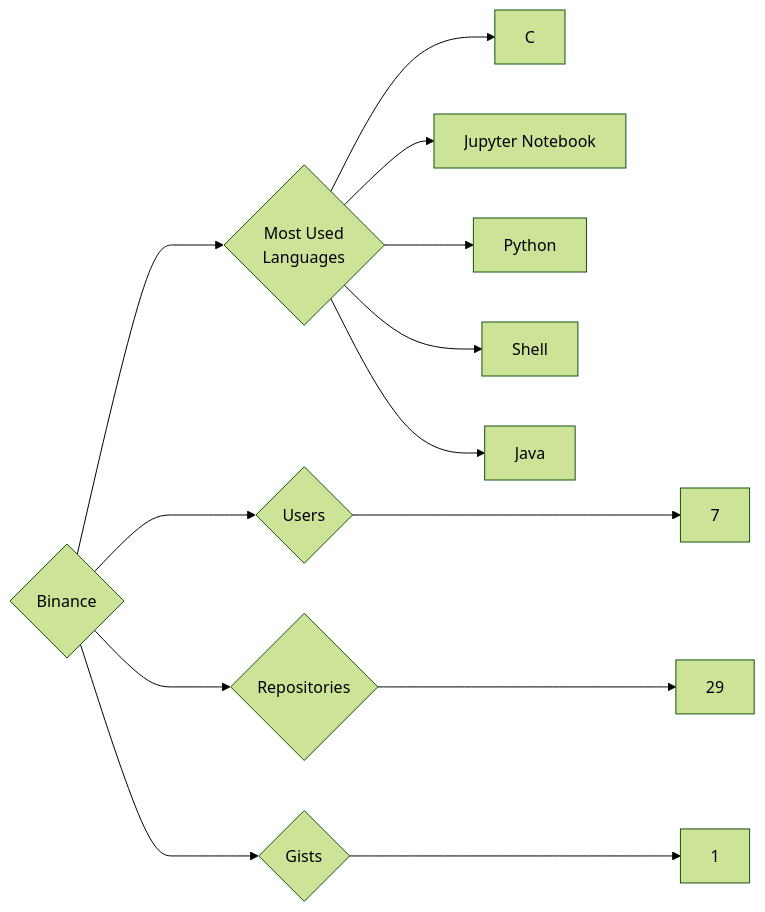
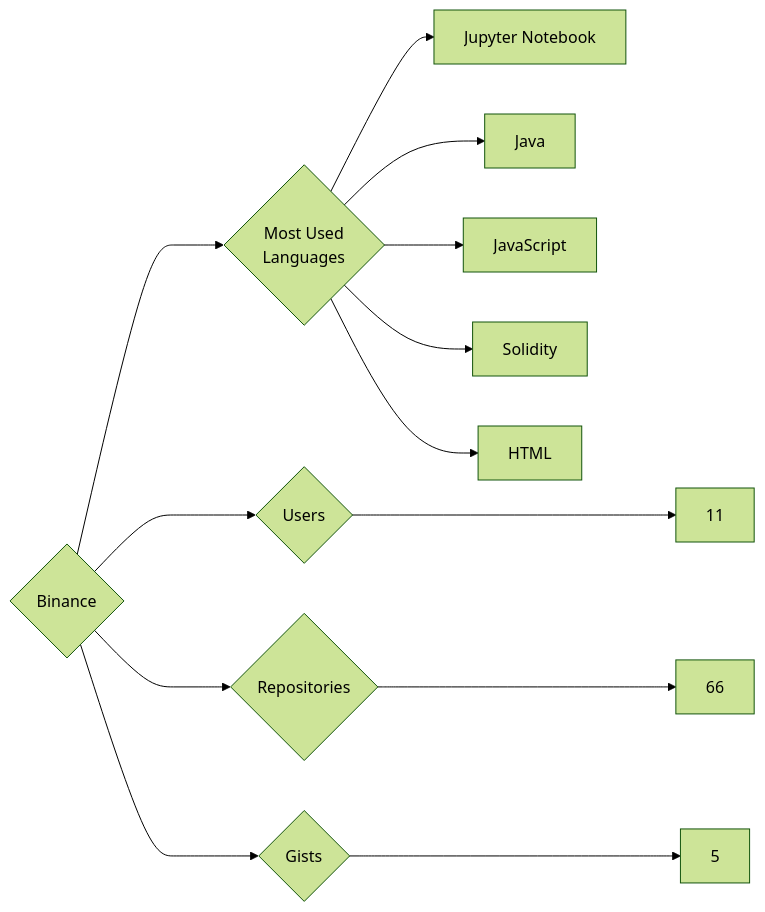
One commit to trickest/insiders changed the diagram in targets/Binance/README.md. Above: the diagram before and after it, drawn with Mermaid (forest theme). The commit also changed 748 other files, not shown here.

````diff
--- a/targets/Binance/README.md
+++ b/targets/Binance/README.md
@@ -3,13 +3,13 @@
 ```mermaid
 graph LR
 COMPANY_NAME{Binance}
-COMPANY_NAME ---> U{Users} ---> UN[7]
-COMPANY_NAME ---> R{Repositories} ---> RN[29]
-COMPANY_NAME ---> G{Gists} ---> GN[1]
+COMPANY_NAME ---> U{Users} ---> UN[11]
+COMPANY_NAME ---> R{Repositories} ---> RN[66]
+COMPANY_NAME ---> G{Gists} ---> GN[5]
 COMPANY_NAME ---> ML{Most Used<br>Languages}
-ML --> C[C]
 ML --> Jupyter_Notebook[Jupyter Notebook]
-ML --> Python[Python]
-ML --> Shell[Shell]
 ML --> Java[Java]
+ML --> JavaScript[JavaScript]
+ML --> Solidity[Solidity]
+ML --> HTML[HTML]
 ```
````
